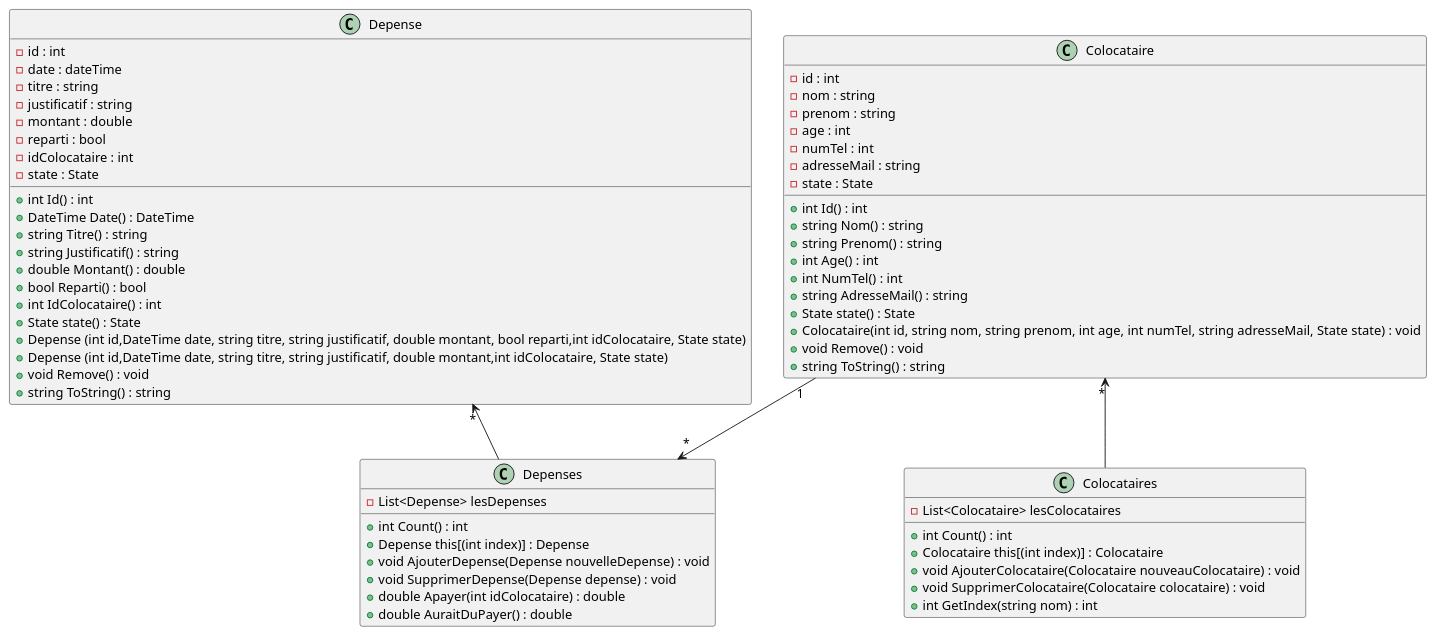
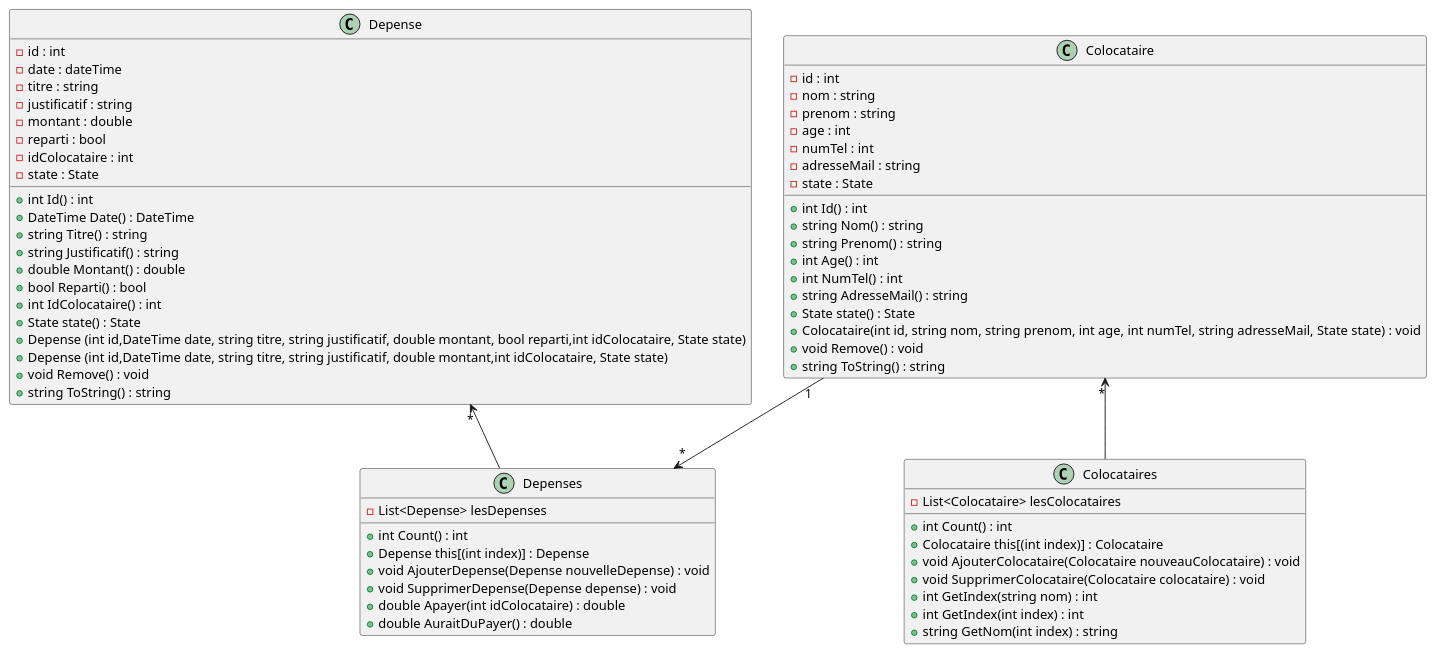
One commit to MihutaMihail/application_crous changed the sixth of 6 diagrams in README.md. Above: the diagram before and after it, drawn with PlantUML. The commit also changed other lines of this file and 8 other files, not shown here.

````diff
--- a/README.md
+++ b/README.md
@@ -254,71 +254,73 @@
 ```plantuml
 @startuml model1
 scale 1
 
 class Depense {
     - id : int
     - date : dateTime
     - titre : string
     - justificatif : string
     - montant : double
     - reparti : bool
     - idColocataire : int
     - state : State
     + int Id() : int
     + DateTime Date() : DateTime
     + string Titre() : string
     + string Justificatif() : string
     + double Montant() : double
     + bool Reparti() : bool
     + int IdColocataire() : int
     + State state() : State
     + Depense (int id,DateTime date, string titre, string justificatif, double montant, bool reparti,int idColocataire, State state)
     + Depense (int id,DateTime date, string titre, string justificatif, double montant,int idColocataire, State state)
     + void Remove() : void
     + string ToString() : string
 
 }
 class Depenses {
     - List<Depense> lesDepenses
     + int Count() : int
     + Depense this[(int index)] : Depense
     + void AjouterDepense(Depense nouvelleDepense) : void
     + void SupprimerDepense(Depense depense) : void
     + double Apayer(int idColocataire) : double
     + double AuraitDuPayer() : double
 }
 
 class Colocataire {
     - id : int
     - nom : string
     - prenom : string
     - age : int
     - numTel : int
     - adresseMail : string
     - state : State
     + int Id() : int
     + string Nom() : string
     + string Prenom() : string
     + int Age() : int
     + int NumTel() : int
     + string AdresseMail() : string
     + State state() : State
     + Colocataire(int id, string nom, string prenom, int age, int numTel, string adresseMail, State state) : void
     + void Remove() : void
     + string ToString() : string
 }
 class Colocataires {
     - List<Colocataire> lesColocataires
     + int Count() : int
     + Colocataire this[(int index)] : Colocataire
     + void AjouterColocataire(Colocataire nouveauColocataire) : void
     + void SupprimerColocataire(Colocataire colocataire) : void
     + int GetIndex(string nom) : int
+    + int GetIndex(int index) : int
+    + string GetNom(int index) : string
 }
 
 Colocataire "1" --> "*" Depenses
 Colocataire "*" <-- Colocataires
 Depense "*" <-- Depenses
 
 @enduml
 ```
````
